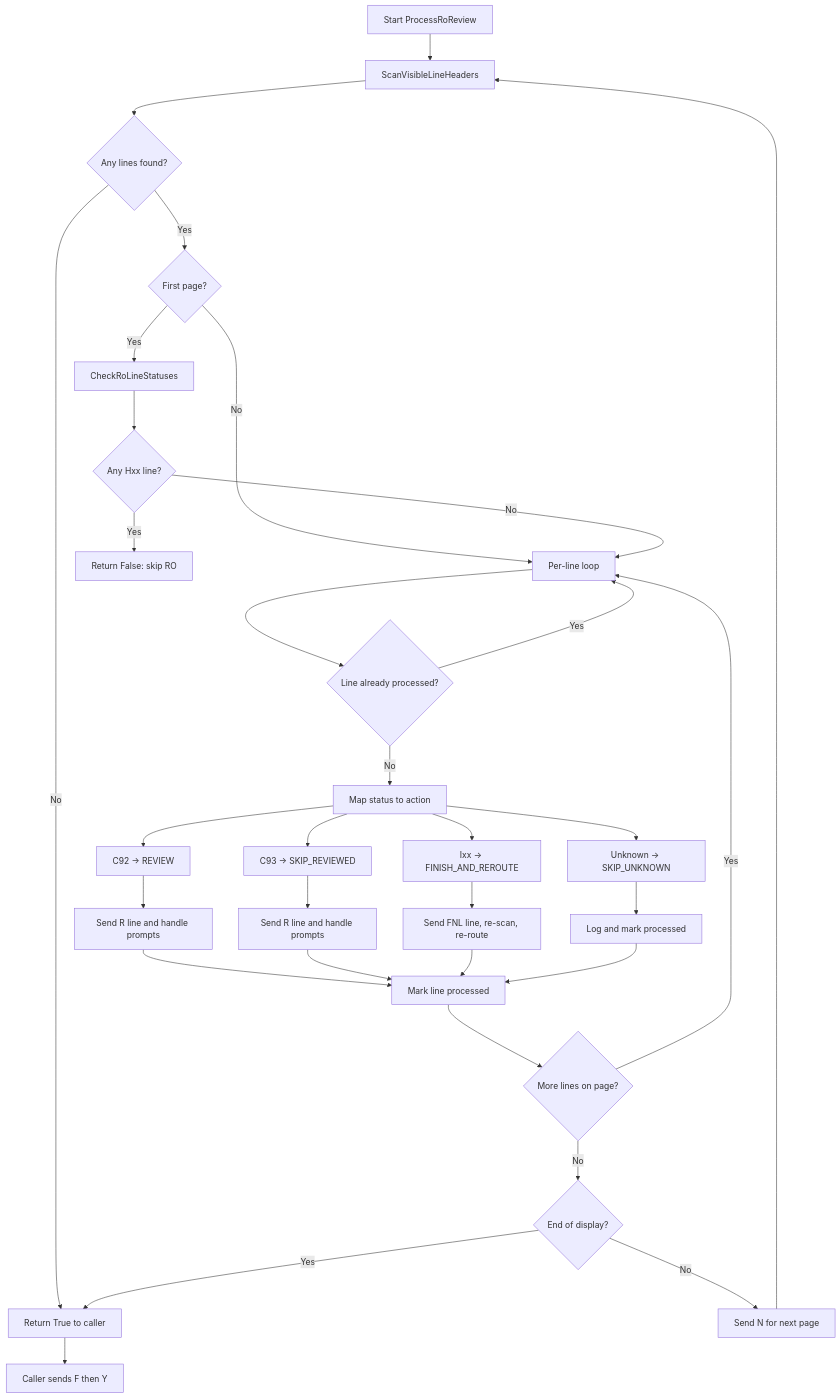
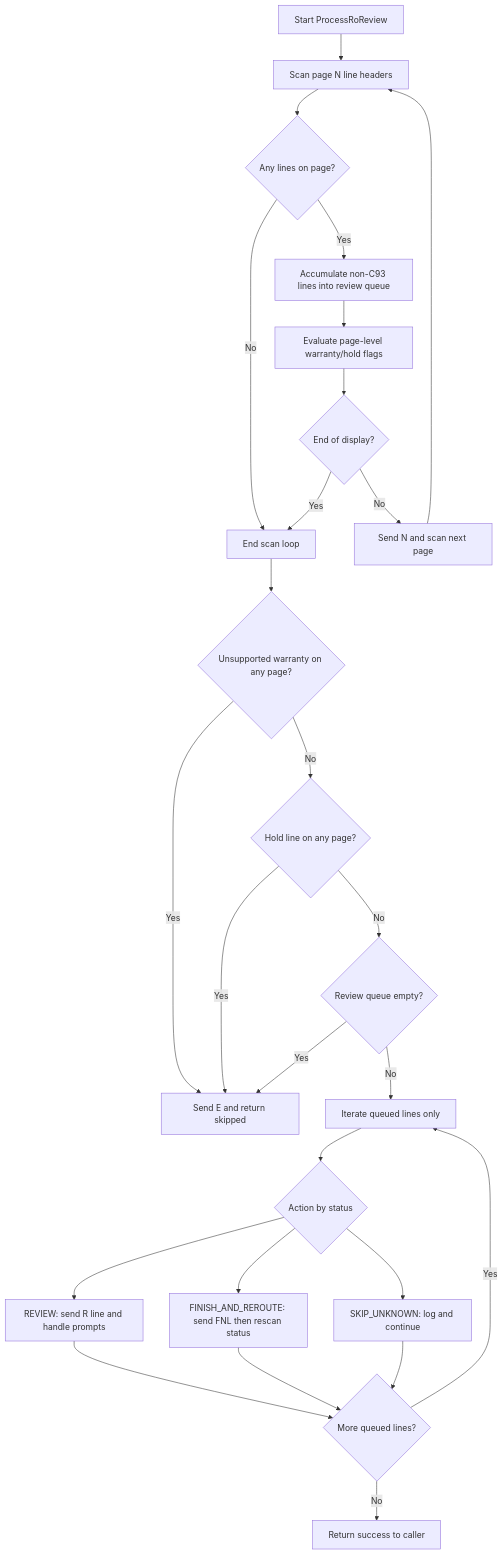
The diagram in apps/maintenance_ro_closer/BUSINESS_RULES.md (dirkatavis/CDK), drawn with Mermaid before and after one commit. The commit also changed other lines of this file and 3 other files, not shown here.

````diff
--- a/apps/maintenance_ro_closer/BUSINESS_RULES.md
+++ b/apps/maintenance_ro_closer/BUSINESS_RULES.md
@@ -241,40 +229,30 @@
 ```mermaid
 flowchart TD
-   A[Start ProcessRoReview] --> B[ScanVisibleLineHeaders]
-   B --> C{Any lines found?}
-   C -- No --> Z[Return True to caller]
-   C -- Yes --> D{First page?}
-   D -- Yes --> E[CheckRoLineStatuses]
-   D -- No --> G[Per-line loop]
-   E --> F{Any Hxx line?}
-   F -- Yes --> X[Return False: skip RO]
-   F -- No --> G[Per-line loop]
+   A[Start ProcessRoReview] --> B[Scan page N line headers]
+   B --> C{Any lines on page?}
+   C -- No --> D[End scan loop]
+   C -- Yes --> E[Accumulate non-C93 lines into review queue]
+   E --> F[Evaluate page-level warranty/hold flags]
+   F --> G{End of display?}
+   G -- No --> H[Send N and scan next page]
+   H --> B
+   G -- Yes --> D
 
-   G --> H{Line already processed?}
-   H -- Yes --> G
-   H -- No --> I[Map status to action]
+   D --> I{Unsupported warranty on any page?}
+   I -- Yes --> J[Send E and return skipped]
+   I -- No --> K{Hold line on any page?}
+   K -- Yes --> J
+   K -- No --> L{Review queue empty?}
+   L -- Yes --> J
+   L -- No --> M[Iterate queued lines only]
 
-   I --> J[C92 -> REVIEW]
-   I --> K[C93 -> SKIP_REVIEWED]
-   I --> L[Ixx -> FINISH_AND_REROUTE]
-   I --> M[Unknown -> SKIP_UNKNOWN]
-
-   J --> N[Send R line and handle prompts]
-   K --> O[Send R line and handle prompts]
-   L --> P[Send FNL line, re-scan, re-route]
-   M --> Q[Log and mark processed]
-
-   N --> R[Mark line processed]
-   O --> R
+   M --> N{Action by status}
+   N --> O[REVIEW: send R line and handle prompts]
+   N --> P[FINISH_AND_REROUTE: send FNL then rescan status]
+   N --> Q[SKIP_UNKNOWN: log and continue]
+   O --> R{More queued lines?}
    P --> R
    Q --> R
-
-   R --> S{More lines on page?}
-   S -- Yes --> G
-   S -- No --> T{End of display?}
-   T -- No --> U[Send N for next page]
-   U --> B
-   T -- Yes --> Z
-
-   Z --> Y[Caller sends F then Y]
+   R -- Yes --> M
+   R -- No --> S[Return success to caller]
 ```
````
